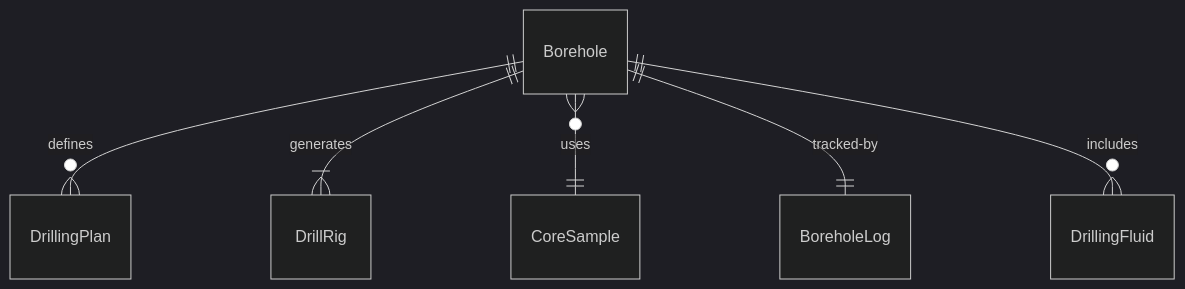
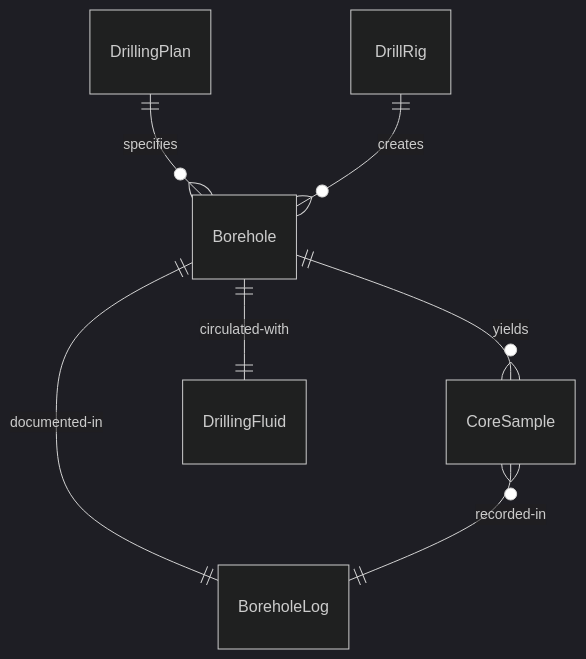
The first of 4 diagrams in HandlingAndMovingObjects/DrillHolesInEarthOrMaterials/DrillHolesEarthRock.mdx (dot-org-ai/tasks.org.ai), drawn with Mermaid (dark theme) before and after one commit. The commit also changed other lines of this file and 515 other files, not shown here.

````diff
--- a/HandlingAndMovingObjects/DrillHolesInEarthOrMaterials/DrillHolesEarthRock.mdx
+++ b/HandlingAndMovingObjects/DrillHolesInEarthOrMaterials/DrillHolesEarthRock.mdx
@@ -88,8 +88,9 @@
 ```mermaid
 erDiagram
-    Borehole ||--o{ DrillingPlan : "defines"
-    Borehole ||--|{ DrillRig : "generates"
-    Borehole }o--|| CoreSample : "uses"
-    Borehole ||--|| BoreholeLog : "tracked-by"
-    Borehole ||--o{ DrillingFluid : "includes"
+    DrillingPlan ||--o{ Borehole : "specifies"
+    DrillRig ||--o{ Borehole : "creates"
+    Borehole ||--o{ CoreSample : "yields"
+    Borehole ||--|| BoreholeLog : "documented-in"
+    Borehole ||--|| DrillingFluid : "circulated-with"
+    CoreSample }o--|| BoreholeLog : "recorded-in"
 ```
````
